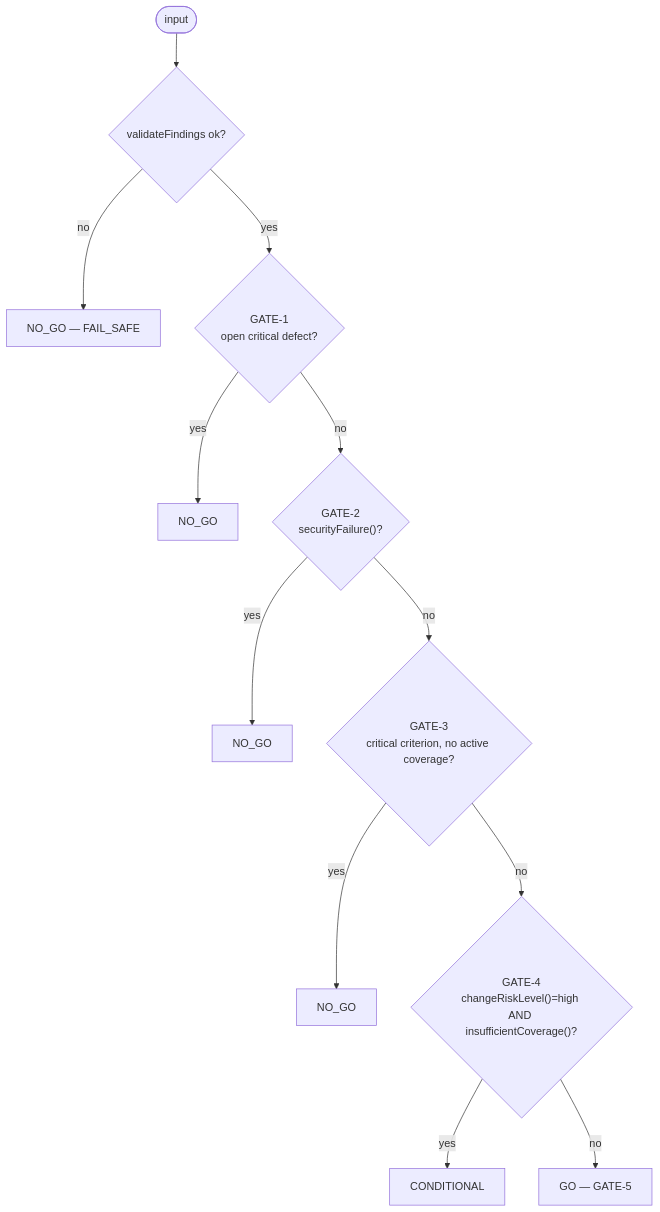
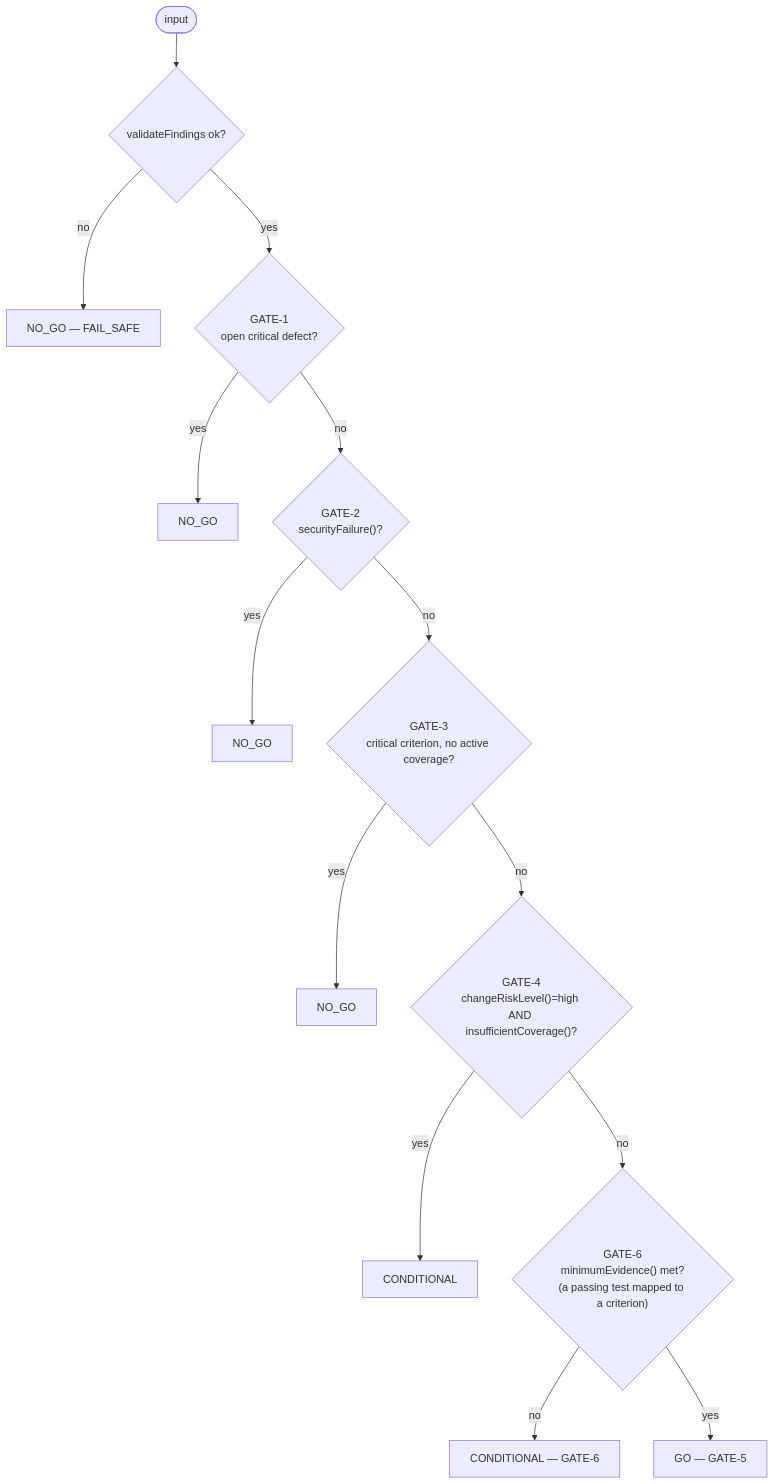
Before and after one commit to rizwana-qa/ai-qa-release-risk-agent: the second of 3 diagrams in docs/architecture.md, drawn with Mermaid. The commit also changed other lines of this file and 16 other files, not shown here.

Commit message:
Implement minimum-evidence release gate

````diff
--- a/docs/architecture.md
+++ b/docs/architecture.md
@@ -188,14 +189,16 @@
 ```mermaid
 flowchart TD
     S(["input"]) --> Q0{"validateFindings ok?"}
     Q0 -- no --> FS["NO_GO — FAIL_SAFE"]
     Q0 -- yes --> Q1{"GATE-1<br/>open critical defect?"}
     Q1 -- yes --> N1["NO_GO"]
     Q1 -- no --> Q2{"GATE-2<br/>securityFailure()?"}
     Q2 -- yes --> N2["NO_GO"]
     Q2 -- no --> Q3{"GATE-3<br/>critical criterion, no active coverage?"}
     Q3 -- yes --> N3["NO_GO"]
     Q3 -- no --> Q4{"GATE-4<br/>changeRiskLevel()=high AND insufficientCoverage()?"}
     Q4 -- yes --> C4["CONDITIONAL"]
-    Q4 -- no --> G5["GO — GATE-5"]
+    Q4 -- no --> Q6{"GATE-6<br/>minimumEvidence() met?<br/>(a passing test mapped to a criterion)"}
+    Q6 -- no --> C6["CONDITIONAL — GATE-6"]
+    Q6 -- yes --> G5["GO — GATE-5"]
 ```
````
